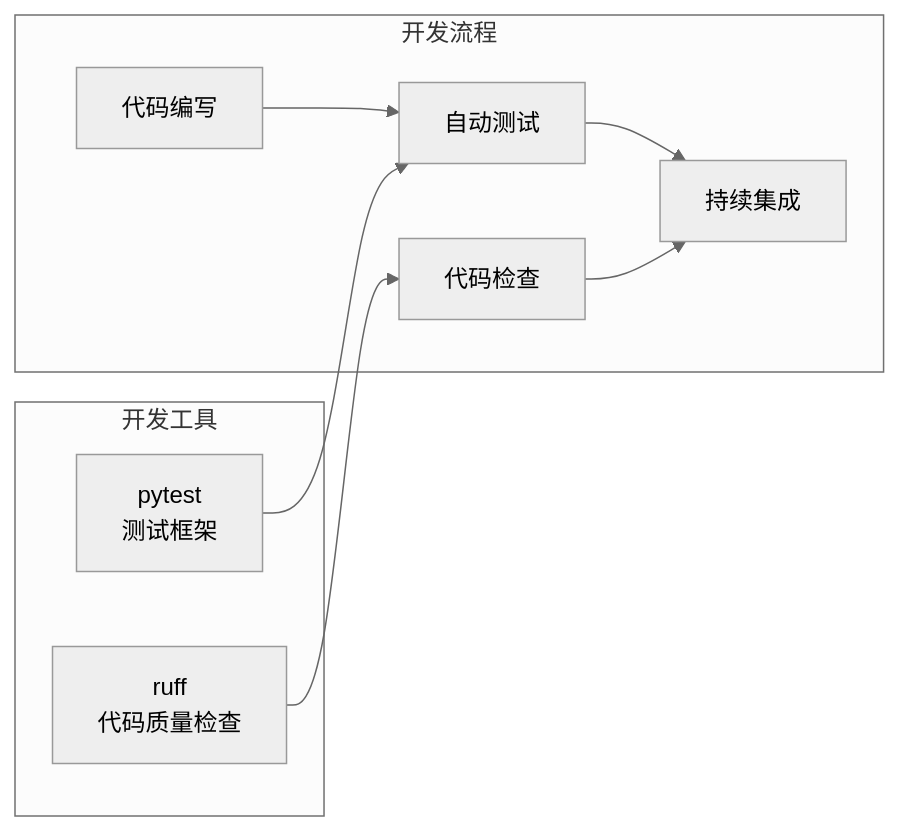
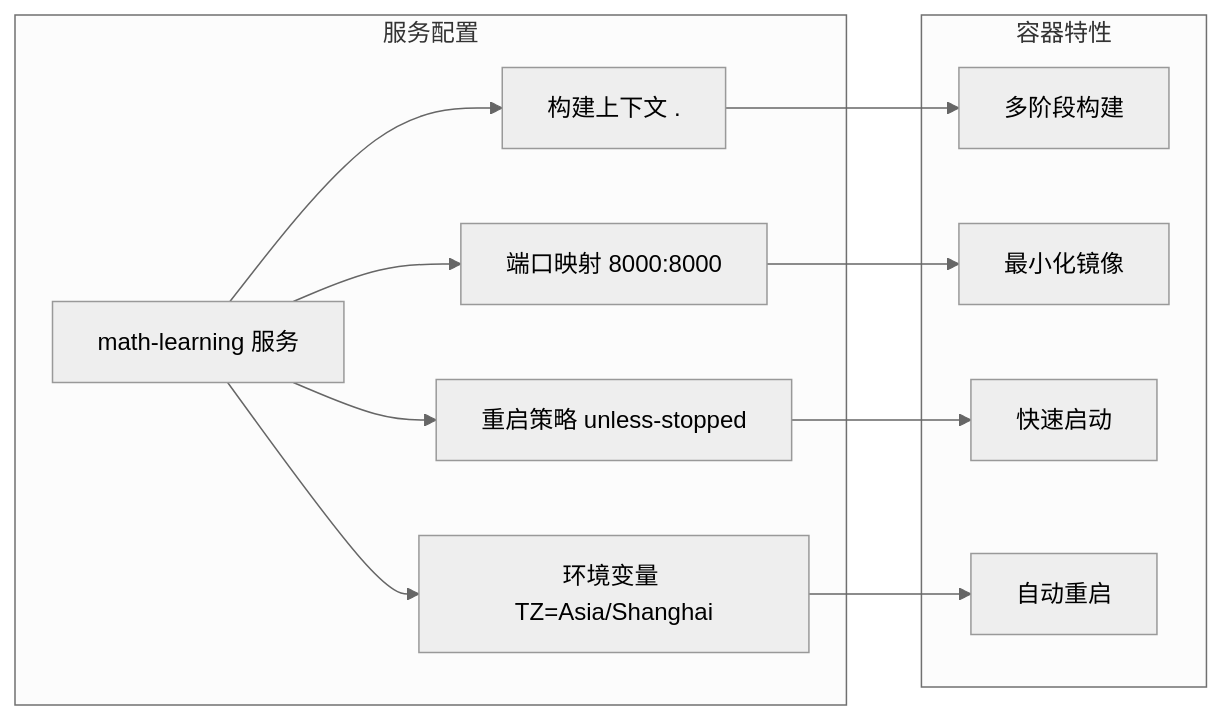
One commit to SimonWHL/math-learning changed the ninth of 12 diagrams in .qoder/repowiki/zh/content/项目概述.md. Above: the diagram before and after it, drawn with Mermaid (neutral theme). The commit also changed other lines of this file and 18 other files, not shown here.

````diff
--- a/.qoder/repowiki/zh/content/项目概述.md
+++ b/.qoder/repowiki/zh/content/项目概述.md
@@ -196,18 +363,24 @@
 ```mermaid
 graph LR
-subgraph "开发工具"
-A[pytest<br/>测试框架]
-B[ruff<br/>代码质量检查]
+subgraph "服务配置"
+A[math-learning 服务]
+B[构建上下文 .]
+C[端口映射 8000:8000]
+D[重启策略 unless-stopped]
+E[环境变量 TZ=Asia/Shanghai]
 end
-subgraph "开发流程"
-C[代码编写]
-D[自动测试]
-E[代码检查]
-F[持续集成]
+subgraph "容器特性"
+F[多阶段构建]
+G[最小化镜像]
+H[快速启动]
+I[自动重启]
 end
+A --> B
+A --> C
 A --> D
-B --> E
-C --> D
-D --> F
-E --> F
+A --> E
+B --> F
+C --> G
+D --> H
+E --> I
 ```
````
